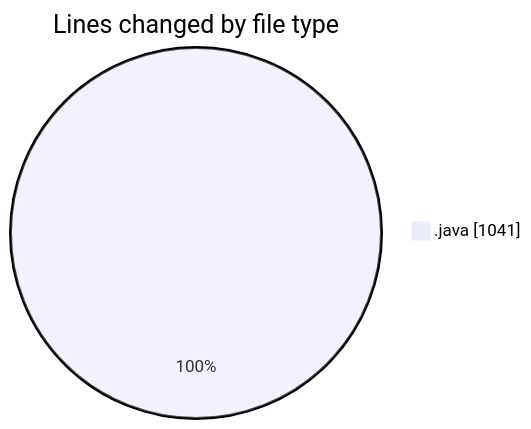
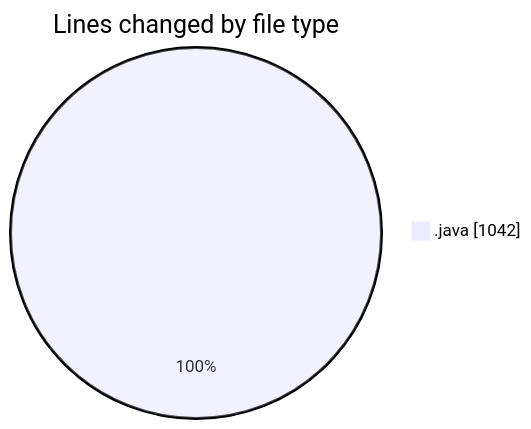
The first of 2 diagrams in 2026-07-08/cilapp/README.md (ricardozamudiocil/code-tracking), drawn with Mermaid before and after one commit. The commit also changed other lines of this file and 1 other file, not shown here.

````diff
--- a/2026-07-08/cilapp/README.md
+++ b/2026-07-08/cilapp/README.md
@@ -20,5 +20,5 @@
 ```mermaid
 pie showData
 title Lines changed by file type
-".java" : 1041
+".java" : 1042
 ```
````
